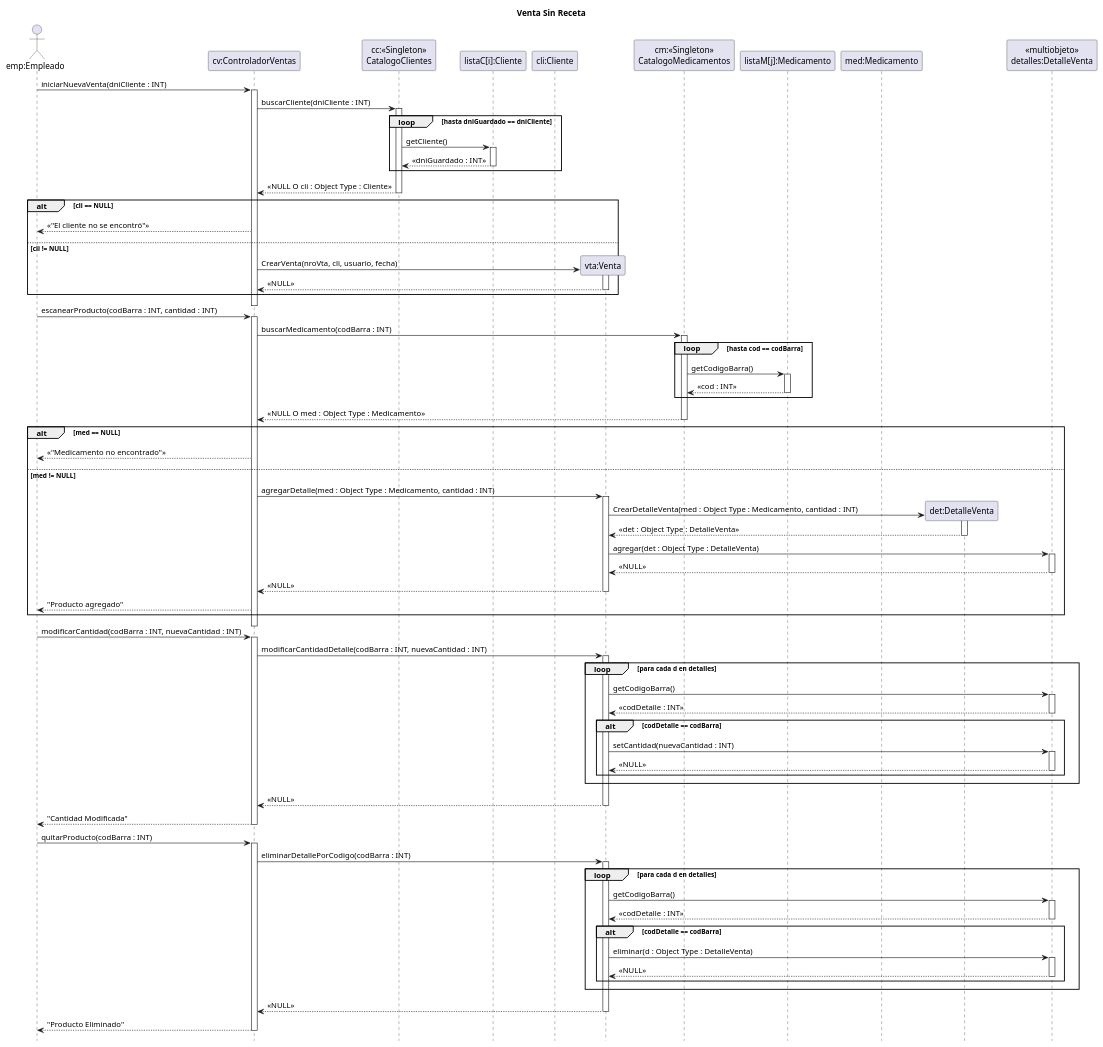
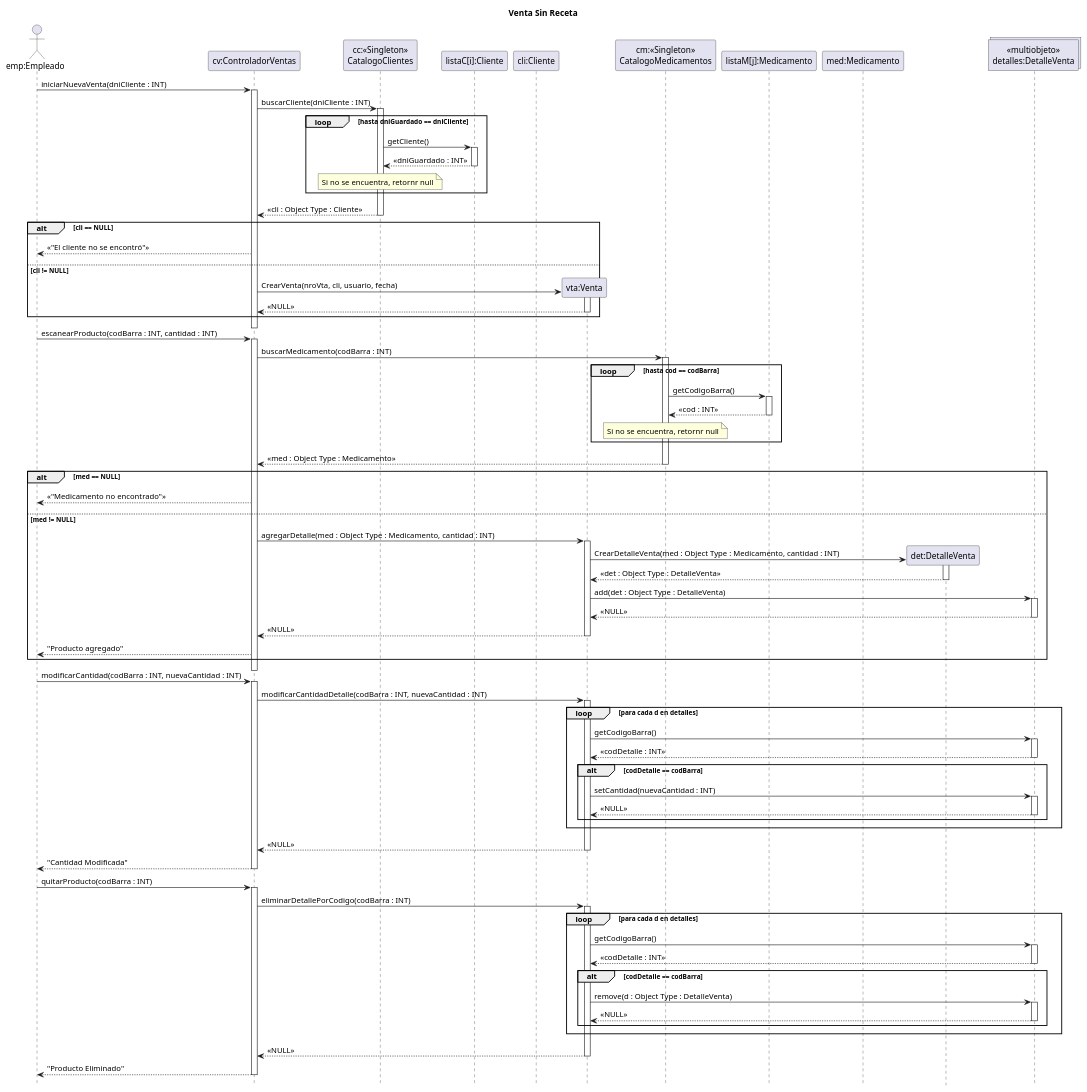
Before and after one commit to zEzequR/PF-I: the diagram in 08 - Diagramas de Secuencia de Diseño/Venta/VentaSinReceta.puml, drawn with PlantUML. The commit also changed 18 other files, not shown here.

```diff
--- a/08 - Diagramas de Secuencia de Diseño/Venta/VentaSinReceta.puml
+++ b/08 - Diagramas de Secuencia de Diseño/Venta/VentaSinReceta.puml
@@ -1,140 +1,142 @@
 @startuml
 !pragma teoz true
 hide footbox
 title Venta Sin Receta
 
 actor "emp:Empleado" as emp
 participant "cv:ControladorVentas" as cv
 participant "cc:<<Singleton>>\nCatalogoClientes" as cc
 participant "listaC[i]:Cliente" as itemCli
 participant "cli:Cliente" as cli
 participant "vta:Venta" as vta
 participant "cm:<<Singleton>>\nCatalogoMedicamentos" as cm
 participant "listaM[j]:Medicamento" as itemMed
 participant "med:Medicamento" as med
 participant "det:DetalleVenta" as det
-participant "«multiobjeto»\ndetalles:DetalleVenta" as lineas
+collections "«multiobjeto»\ndetalles:DetalleVenta" as lineas
 
 ' =================================================================
 ' 1. INICIO Y CREACIÓN DE VENTA
 ' =================================================================
 emp -> cv : iniciarNuevaVenta(dniCliente : INT)
 activate cv
 
 cv -> cc : buscarCliente(dniCliente : INT)
 activate cc
 loop hasta dniGuardado == dniCliente
     cc -> itemCli : getCliente()
     activate itemCli
     itemCli --> cc : <<dniGuardado : INT>>
     deactivate itemCli
+    note over of cc: Si no se encuentra, retornr null
 end
-cc --> cv : <<NULL O cli : Object Type : Cliente>>
+cc --> cv : << cli : Object Type : Cliente>>
 deactivate cc
 
 alt cli == NULL
     cv --> emp : <<"El cliente no se encontró">>
 else cli != NULL
     create vta
     cv -> vta : CrearVenta(nroVta, cli, usuario, fecha)
     activate vta
     vta --> cv : <<NULL>>
     deactivate vta
 end
 deactivate cv
 
 ' =================================================================
 ' 2. AGREGAR PRODUCTO
 ' =================================================================
 emp -> cv : escanearProducto(codBarra : INT, cantidad : INT)
 activate cv
 
 cv -> cm : buscarMedicamento(codBarra : INT)
 activate cm
 loop hasta cod == codBarra
     cm -> itemMed : getCodigoBarra()
     activate itemMed
     itemMed --> cm : <<cod : INT>>
     deactivate itemMed
+    note over of cm: Si no se encuentra, retornr null
 end
-cm --> cv : << NULL O med : Object Type : Medicamento>>
+cm --> cv : << med : Object Type : Medicamento>>
 deactivate cm
 
 alt med == NULL
     cv --> emp : <<"Medicamento no encontrado">>
 else med != NULL
     cv -> vta : agregarDetalle(med : Object Type : Medicamento, cantidad : INT)
     activate vta
     
     Create det
     vta -> det : CrearDetalleVenta(med : Object Type : Medicamento, cantidad : INT)
     activate det
     det --> vta : <<det : Object Type : DetalleVenta>>
     deactivate det
 
-    vta -> lineas : agregar(det : Object Type : DetalleVenta)
+    vta -> lineas : add(det : Object Type : DetalleVenta)
     activate lineas
     lineas --> vta : <<NULL>>
     deactivate lineas
     
     vta --> cv : <<NULL>>
     deactivate vta
     
     cv --> emp : "Producto agregado"
 end
 deactivate cv
 
 ' =================================================================
 ' 3. MODIFICAR CANTIDAD
 ' =================================================================
 emp -> cv : modificarCantidad(codBarra : INT, nuevaCantidad : INT)
 activate cv
     cv -> vta : modificarCantidadDetalle(codBarra : INT, nuevaCantidad : INT)
     activate vta
 
     loop para cada d en detalles
         vta -> lineas : getCodigoBarra()
         activate lineas
         lineas --> vta : <<codDetalle : INT>>
         deactivate lineas
         
         alt codDetalle == codBarra
             vta -> lineas : setCantidad(nuevaCantidad : INT)
             activate lineas
             lineas --> vta : <<NULL>>
             deactivate lineas
         end
     end
     vta --> cv : <<NULL>>
     deactivate vta
     cv --> emp : "Cantidad Modificada"
 deactivate cv
 
 ' =================================================================
 ' 4. ELIMINAR PRODUCTO
 ' =================================================================
 emp -> cv : quitarProducto(codBarra : INT)
 activate cv
 
     cv -> vta : eliminarDetallePorCodigo(codBarra : INT)
     activate vta
 
     loop para cada d en detalles
         vta -> lineas : getCodigoBarra()
         activate lineas
         lineas --> vta : <<codDetalle : INT>>
         deactivate lineas
         
         alt codDetalle == codBarra
-             vta -> lineas : eliminar(d : Object Type : DetalleVenta)
+             vta -> lineas : remove(d : Object Type : DetalleVenta)
              activate lineas
              lineas --> vta : <<NULL>>
              deactivate lineas
         end
     end
     vta --> cv : <<NULL>>
     deactivate vta
 
     cv --> emp : "Producto Eliminado"
 deactivate cv
 @enduml
```
